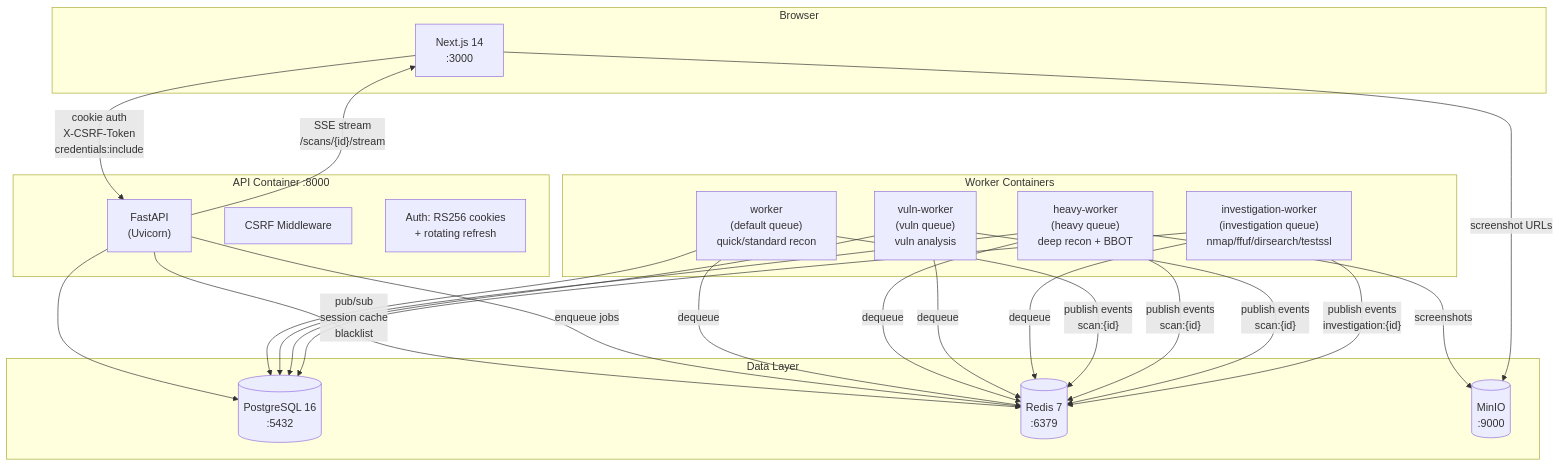
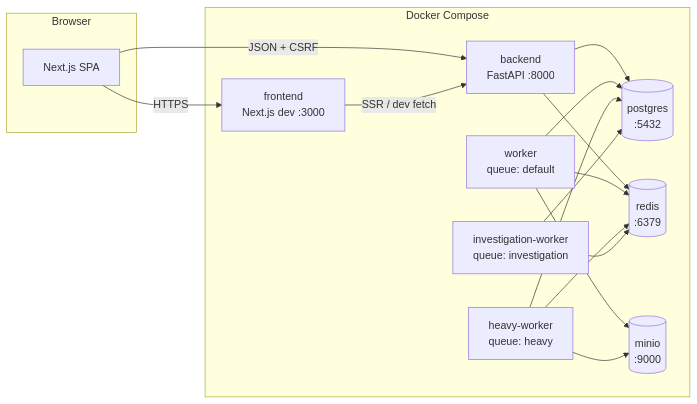
The first of 8 diagrams in docs/diagrams.md (Thilakesh/RedTeam-Dashboard), drawn with Mermaid before and after one commit. The commit also changed other lines of this file and 3 other files, not shown here.

First line of the commit message:
docs: refresh docs/ to current app state (post vuln removal)

````diff
--- a/docs/diagrams.md
+++ b/docs/diagrams.md
@@ -11,38 +10,31 @@
 ```mermaid
-graph TB
-    subgraph Browser
-        FE["Next.js 14\n:3000"]
+flowchart LR
+    subgraph browser[Browser]
+        UI[Next.js SPA]
     end
 
-    subgraph "API Container :8000"
-        API["FastAPI\n(Uvicorn)"]
-        CSRF["CSRF Middleware"]
-        AUTH["Auth: RS256 cookies\n+ rotating refresh"]
+    subgraph docker[Docker Compose]
+        FE[frontend<br/>Next.js dev :3000]
+        BE[backend<br/>FastAPI :8000]
+        W1[worker<br/>queue: default]
+        W2[heavy-worker<br/>queue: heavy]
+        W3[investigation-worker<br/>queue: investigation]
+        PG[(postgres<br/>:5432)]
+        RD[(redis<br/>:6379)]
+        MO[(minio<br/>:9000)]
     end
 
-    subgraph "Data Layer"
-        PG[("PostgreSQL 16\n:5432")]
-        RD[("Redis 7\n:6379")]
-        MN[("MinIO\n:9000")]
-    end
-
-    subgraph "Worker Containers"
-        W1["worker\n(default queue)\nquick/standard recon"]
-        W2["heavy-worker\n(heavy queue)\ndeep recon + BBOT"]
-        W3["vuln-worker\n(vuln queue)\nvuln analysis"]
-        W4["investigation-worker\n(investigation queue)\nnmap/ffuf/dirsearch/testssl"]
-    end
-
-    FE -- "cookie auth\nX-CSRF-Token\ncredentials:include" --> API
-    API --> PG
-    API -- "pub/sub\nsession cache\nblacklist" --> RD
-    API -- "enqueue jobs" --> RD
-    W1 & W2 & W3 & W4 -- "dequeue" --> RD
-    W1 & W2 & W3 & W4 --> PG
-    W2 -- "screenshots" --> MN
-    FE -- "screenshot URLs" --> MN
-    W1 & W2 -- "publish events\nscan:{id}" --> RD
-    W3 -- "publish events\nscan:{id}" --> RD
-    W4 -- "publish events\ninvestigation:{id}" --> RD
-    API -- "SSE stream\n/scans/{id}/stream" --> FE
+    UI -->|HTTPS| FE
+    UI -->|JSON + CSRF| BE
+    FE -->|SSR / dev fetch| BE
+    BE --> PG
+    BE --> RD
+    W1 --> PG
+    W1 --> RD
+    W2 --> PG
+    W2 --> RD
+    W3 --> PG
+    W3 --> RD
+    W1 --> MO
+    W2 --> MO
 ```
````
